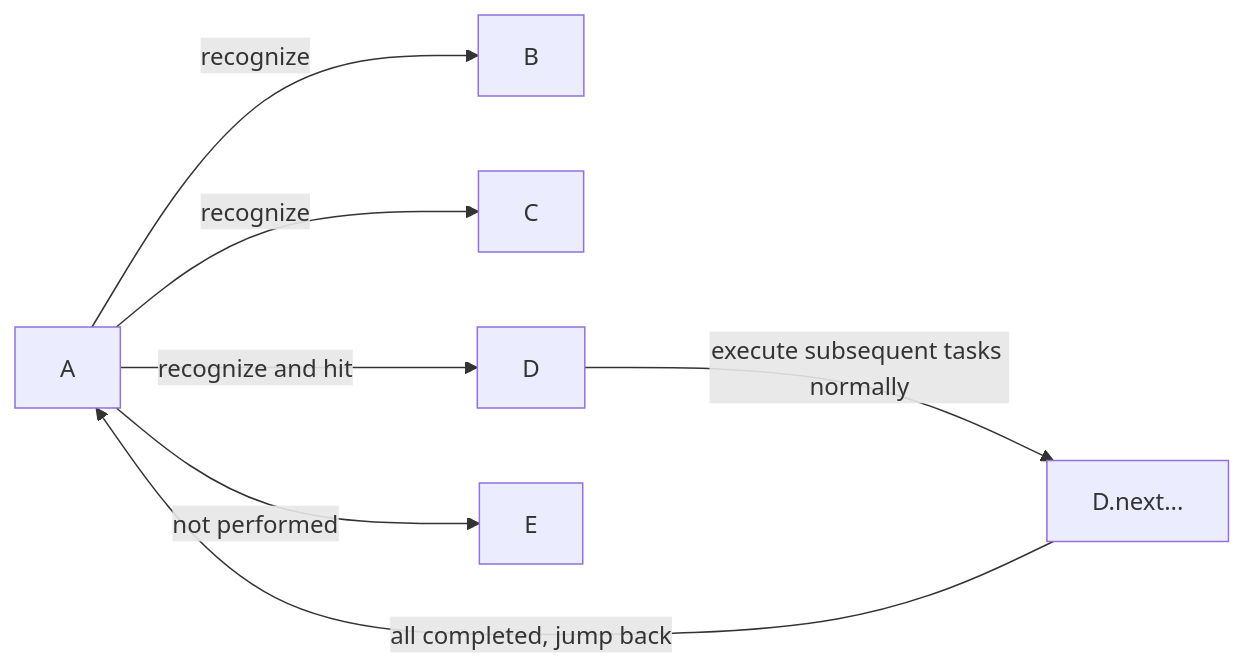
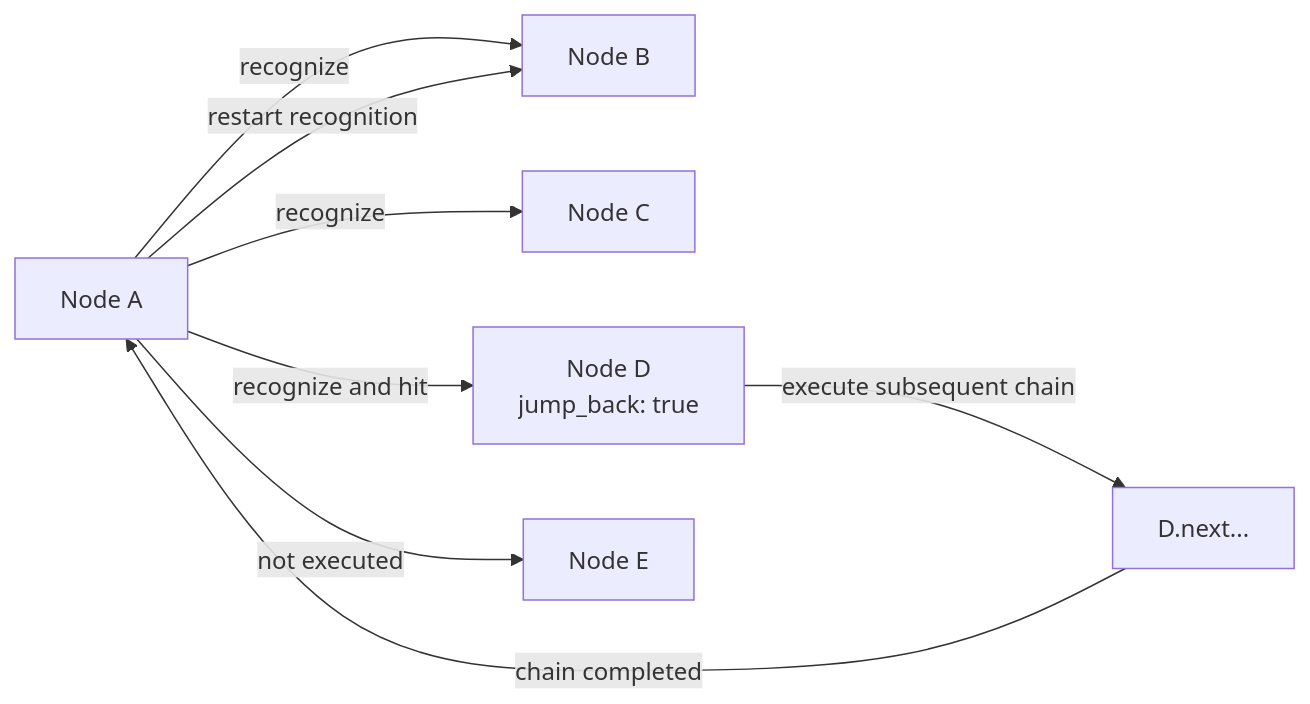
Before and after one commit to MaaXYZ/MaaFramework: the fourth of 4 diagrams in docs/en_us/3.1-PipelineProtocol.md, drawn with Mermaid. The commit also changed other lines of this file and 1 other file, not shown here.

````diff
--- a/docs/en_us/3.1-PipelineProtocol.md
+++ b/docs/en_us/3.1-PipelineProtocol.md
@@ -324,9 +366,10 @@
-    ```mermaid
-    graph LR
-        A -->|recognize| B
-        A -->|recognize| C
-        A -->|recognize and hit| D
-        A -->|not performed| E
-        D -->|execute subsequent tasks normally| F[D.next...]
-        F -->|all completed, jump back| A
-    ```
+```mermaid
+graph LR
+    A[Node A] -->|recognize| B[Node B]
+    A -->|recognize| C[Node C]
+    A -->|recognize and hit| D[Node D<br/>jump_back: true]
+    A -->|not executed| E[Node E]
+    D -->|execute subsequent chain| F[D.next...]
+    F -->|chain completed| A
+    A -->|restart recognition| B
+```
````
